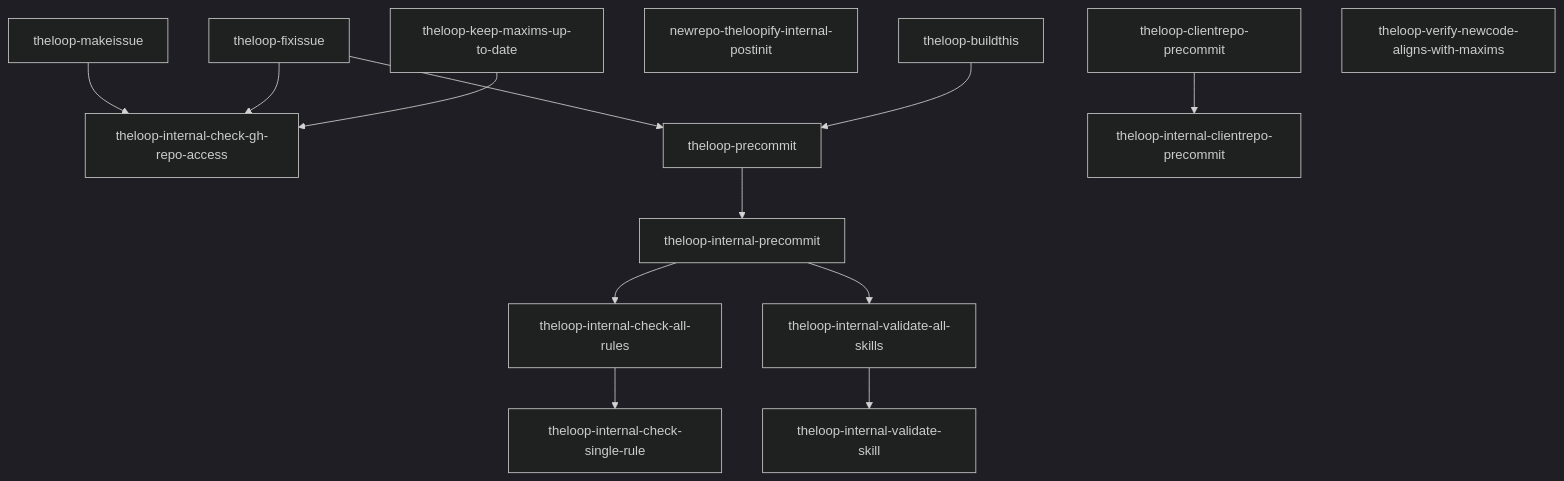
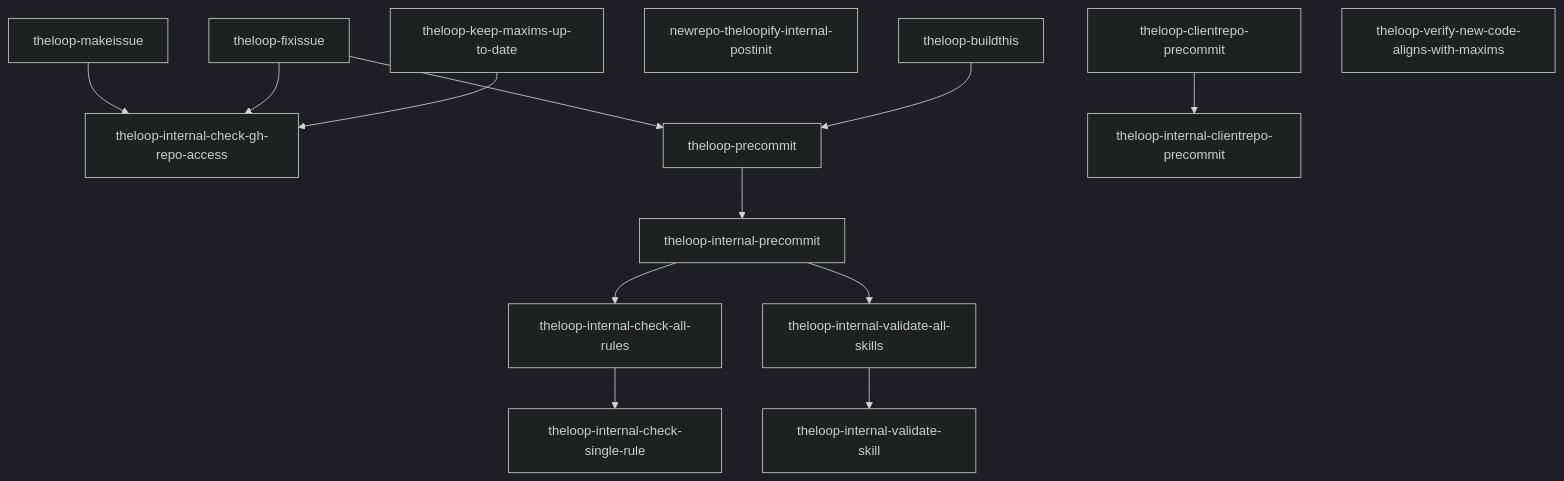
The diagram in .theloop/VIZ.md (dkorolev/theloop), drawn with Mermaid (dark theme) before and after one commit. The commit also changed other lines of this file and 9 other files, not shown here.

First line of the commit message:
theloop-verify-new-code-aligns-with-maxims: rename from -newcode-

````diff
--- a/.theloop/VIZ.md
+++ b/.theloop/VIZ.md
@@ -45,17 +45,17 @@
 ```mermaid
 graph TD
     theloop-internal-check-gh-repo-access["theloop-internal-check-gh-repo-access"]
     theloop-makeissue["theloop-makeissue"] --> theloop-internal-check-gh-repo-access
     theloop-fixissue["theloop-fixissue"] --> theloop-internal-check-gh-repo-access
     theloop-fixissue --> theloop-precommit["theloop-precommit"]
     theloop-buildthis["theloop-buildthis"] --> theloop-precommit["theloop-precommit"]
     theloop-precommit --> theloop-internal-precommit["theloop-internal-precommit"]
     theloop-internal-precommit --> theloop-internal-check-all-rules["theloop-internal-check-all-rules"]
     theloop-internal-precommit --> theloop-internal-validate-all-skills["theloop-internal-validate-all-skills"]
     theloop-internal-check-all-rules --> theloop-internal-check-single-rule["theloop-internal-check-single-rule"]
     theloop-internal-validate-all-skills --> theloop-internal-validate-skill["theloop-internal-validate-skill"]
     newrepo-theloopify-internal-postinit["newrepo-theloopify-internal-postinit"]
     theloop-clientrepo-precommit["theloop-clientrepo-precommit"] --> theloop-internal-clientrepo-precommit["theloop-internal-clientrepo-precommit"]
     theloop-keep-maxims-up-to-date["theloop-keep-maxims-up-to-date"] --> theloop-internal-check-gh-repo-access
-    theloop-verify-newcode-aligns-with-maxims["theloop-verify-newcode-aligns-with-maxims"]
+    theloop-verify-new-code-aligns-with-maxims["theloop-verify-new-code-aligns-with-maxims"]
 ```
````
